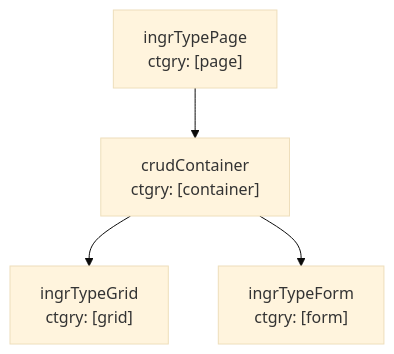
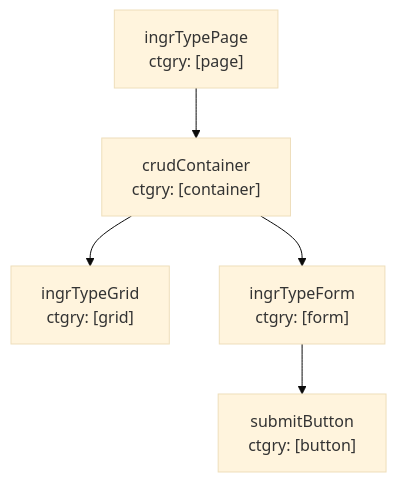
The diagram in apps/studio/src/preview/whatsfresh/ingrTypePage/pageMermaid.mmd (pchambless/wf-monorepo), drawn with Mermaid (base theme) before and after one commit. The commit also changed 27 other files, not shown here.

```diff
--- a/apps/studio/src/preview/whatsfresh/ingrTypePage/pageMermaid.mmd
+++ b/apps/studio/src/preview/whatsfresh/ingrTypePage/pageMermaid.mmd
@@ -1,15 +1,18 @@
 graph TD
 
     ingrTypePage["ingrTypePage<br/>ctgry: [page]"]
     crudContainer["crudContainer<br/>ctgry: [container]"]
     ingrTypePage --> crudContainer
     ingrTypeGrid["ingrTypeGrid<br/>ctgry: [grid]"]
     crudContainer --> ingrTypeGrid
     ingrTypeForm["ingrTypeForm<br/>ctgry: [form]"]
     crudContainer --> ingrTypeForm
+    submitButton["submitButton<br/>ctgry: [button]"]
+    ingrTypeForm --> submitButton
 
     %% Click handlers for Studio integration
     click ingrTypePage href "javascript:window.selectEventTypeTab(57)"
     click crudContainer href "javascript:window.selectEventTypeTab(60)"
     click ingrTypeGrid href "javascript:window.selectEventTypeTab(56)"
     click ingrTypeForm href "javascript:window.selectEventTypeTab(59)"
+    click submitButton href "javascript:window.selectEventTypeTab(63)"
```
